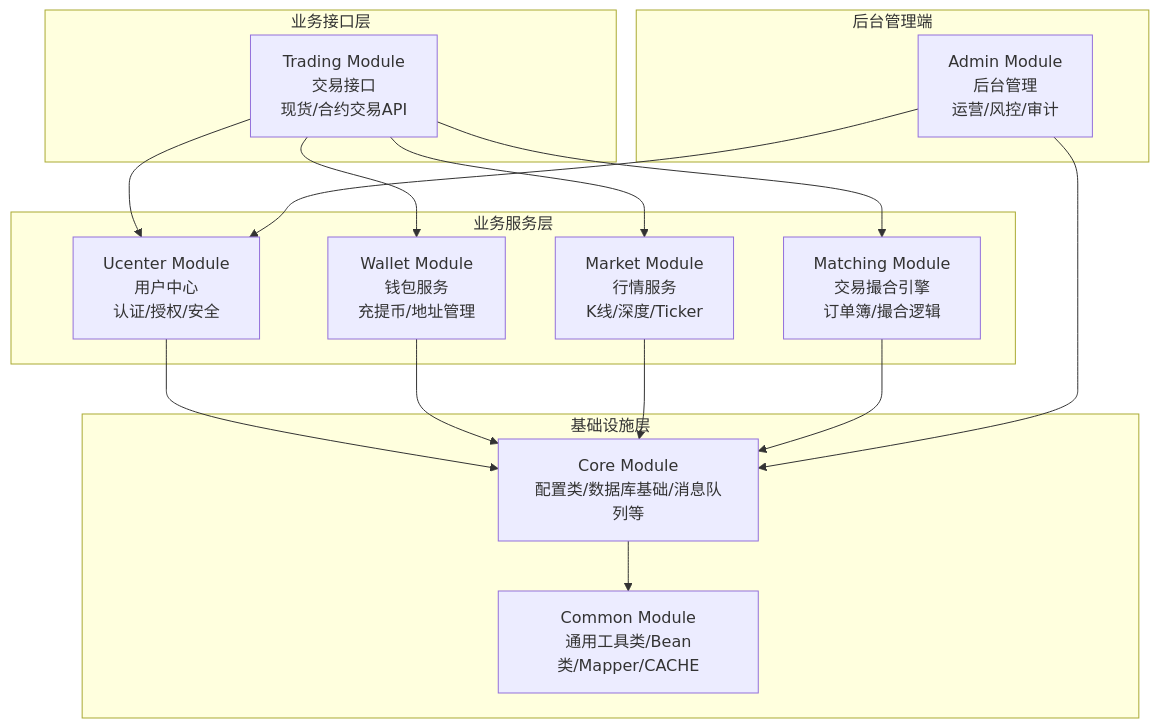
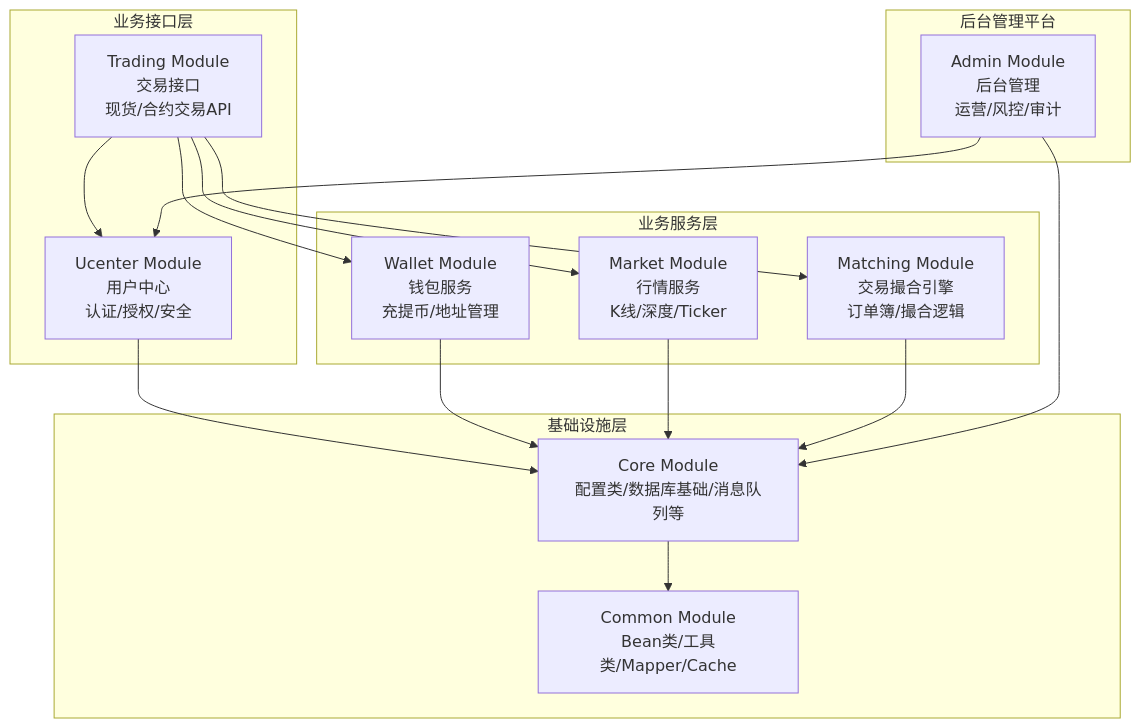
One commit to NewbiePro/quantax_lab changed the diagram in README.md. Above: the diagram before and after it, drawn with Mermaid. The commit also changed 50 other files, not shown here.

````diff
--- a/README.md
+++ b/README.md
@@ -12,36 +12,40 @@
 ```mermaid
 
 graph TD
+    %% 基础设施层
     subgraph 基础设施层
-        quantax_lab_common[Common Module<br>通用工具类/Bean类<DTO/VO/Constant/etc>/Mapper/CACHE]
+        quantax_lab_common[Common Module<br>Bean类<DTO/VO/Constant/Enum/Records/etc>/工具类/Mapper/Cache]
         quantax_lab_core[Core Module<br>配置类/数据库基础/消息队列等]
     end
 
+    %% 业务服务层
     subgraph 业务服务层
-        quantax_lab_ucenter[Ucenter Module<br>用户中心<br>认证/授权/安全]
         quantax_lab_wallet[Wallet Module<br>钱包服务<br>充提币/地址管理]
         quantax_lab_market[Market Module<br>行情服务<br>K线/深度/Ticker]
         quantax_lab_matching[Matching Module<br>交易撮合引擎<br>订单簿/撮合逻辑]
     end
 
+    %% 业务接口层
     subgraph 业务接口层
+        quantax_lab_ucenter[Ucenter Module<br>用户中心<br>认证/授权/安全]
         quantax_lab_trading[Trading Module<br>交易接口<br>现货/合约交易API]
     end
 
-    subgraph 后台管理端
+    %% 后台管理平台
+    subgraph 后台管理平台
         quantax_lab_admin[Admin Module<br>后台管理<br>运营/风控/审计]
     end
-
+    
 %% 依赖关系
     quantax_lab_core --> quantax_lab_common
     quantax_lab_ucenter --> quantax_lab_core
     quantax_lab_wallet --> quantax_lab_core
     quantax_lab_market --> quantax_lab_core
     quantax_lab_matching --> quantax_lab_core
     quantax_lab_trading --> quantax_lab_ucenter
     quantax_lab_trading --> quantax_lab_market
     quantax_lab_trading --> quantax_lab_matching
     quantax_lab_trading --> quantax_lab_wallet
     quantax_lab_admin --> quantax_lab_core
     quantax_lab_admin --> quantax_lab_ucenter
 ```
````
